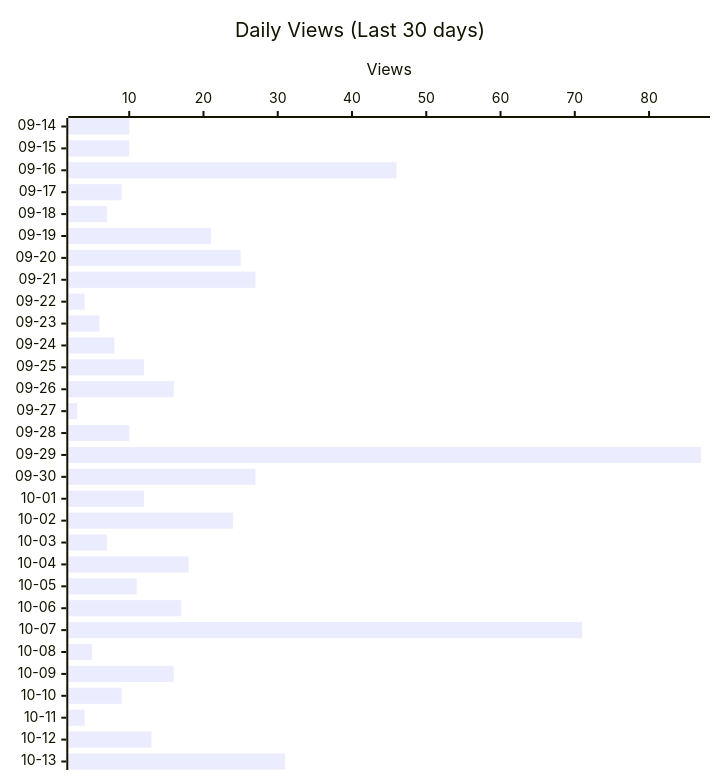
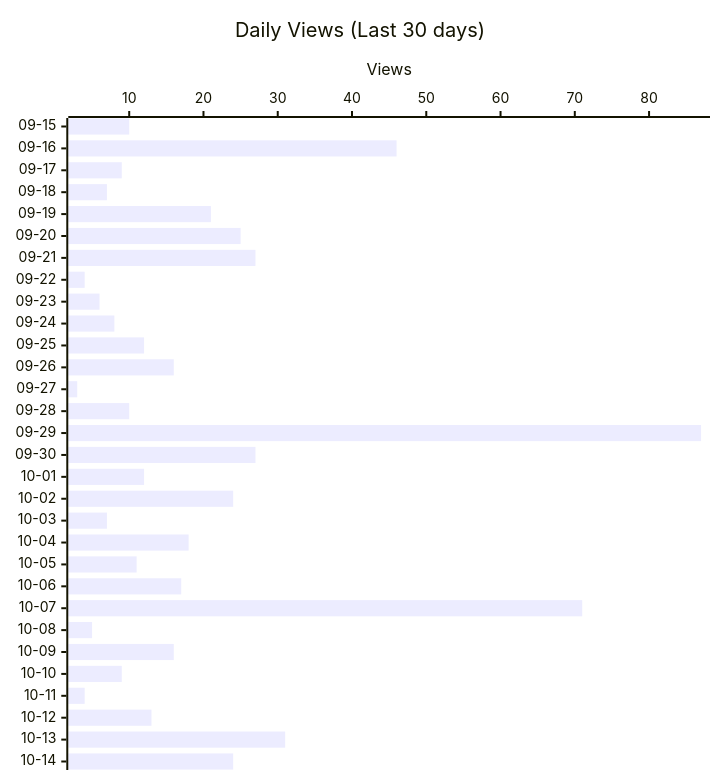
The second of 4 diagrams in README.md (shigechika/github-insights), drawn with Mermaid before and after one commit. The commit also changed other lines of this file and 2 other files, not shown here.

````diff
--- a/README.md
+++ b/README.md
@@ -28,12 +28,12 @@
 ```mermaid
 ---
 config:
   xyChart:
     height: 760
 ---
 xychart-beta horizontal
     title "Daily Views (Last 30 days)"
-    x-axis ["09-14", "09-15", "09-16", "09-17", "09-18", "09-19", "09-20", "09-21", "09-22", "09-23", "09-24", "09-25", "09-26", "09-27", "09-28", "09-29", "09-30", "10-01", "10-02", "10-03", "10-04", "10-05", "10-06", "10-07", "10-08", "10-09", "10-10", "10-11", "10-12", "10-13"]
+    x-axis ["09-15", "09-16", "09-17", "09-18", "09-19", "09-20", "09-21", "09-22", "09-23", "09-24", "09-25", "09-26", "09-27", "09-28", "09-29", "09-30", "10-01", "10-02", "10-03", "10-04", "10-05", "10-06", "10-07", "10-08", "10-09", "10-10", "10-11", "10-12", "10-13", "10-14"]
     y-axis "Views"
-    bar [10, 10, 46, 9, 7, 21, 25, 27, 4, 6, 8, 12, 16, 3, 10, 87, 27, 12, 24, 7, 18, 11, 17, 71, 5, 16, 9, 4, 13, 31]
+    bar [10, 46, 9, 7, 21, 25, 27, 4, 6, 8, 12, 16, 3, 10, 87, 27, 12, 24, 7, 18, 11, 17, 71, 5, 16, 9, 4, 13, 31, 24]
 ```
````
